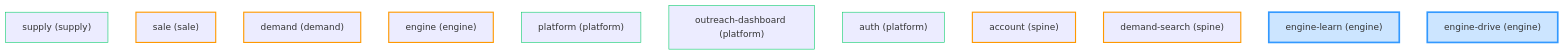
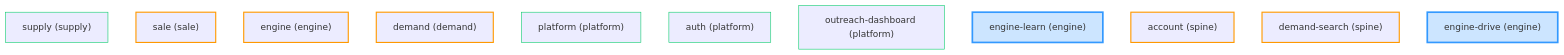
The diagram in docs/reference/topology-map.md (hozantaher/antigravity), drawn with Mermaid before and after one commit. The commit also changed other lines of this file and 4 other files, not shown here.

Commit message:
docs(architecture): deep update of gravity map and sprint plan

````diff
--- a/docs/reference/topology-map.md
+++ b/docs/reference/topology-map.md
@@ -7,25 +7,25 @@
 ```mermaid
 graph TD
   supply["supply (supply)"]
   style supply stroke:#00cc66,stroke-width:1px
   sale["sale (sale)"]
   style sale stroke:#ff9900,stroke-width:2px
+  engine["engine (engine)"]
+  style engine stroke:#ff9900,stroke-width:2px
   demand["demand (demand)"]
   style demand stroke:#ff9900,stroke-width:2px
-  engine["engine (engine)"]
-  style engine stroke:#ff9900,stroke-width:2px
   platform["platform (platform)"]
   style platform stroke:#00cc66,stroke-width:1px
+  auth["auth (platform)"]
+  style auth stroke:#00cc66,stroke-width:1px
   outreach-dashboard["outreach-dashboard (platform)"]
   style outreach-dashboard stroke:#00cc66,stroke-width:1px
-  auth["auth (platform)"]
-  style auth stroke:#00cc66,stroke-width:1px
+  engine-learn["engine-learn (engine)"]
+  style engine-learn stroke:#3399ff,stroke-width:3px,fill:#cce5ff,color:#333
   account["account (spine)"]
   style account stroke:#ff9900,stroke-width:2px
   demand-search["demand-search (spine)"]
   style demand-search stroke:#ff9900,stroke-width:2px
-  engine-learn["engine-learn (engine)"]
-  style engine-learn stroke:#3399ff,stroke-width:3px,fill:#cce5ff,color:#333
   engine-drive["engine-drive (engine)"]
   style engine-drive stroke:#3399ff,stroke-width:3px,fill:#cce5ff,color:#333
 ```
````
